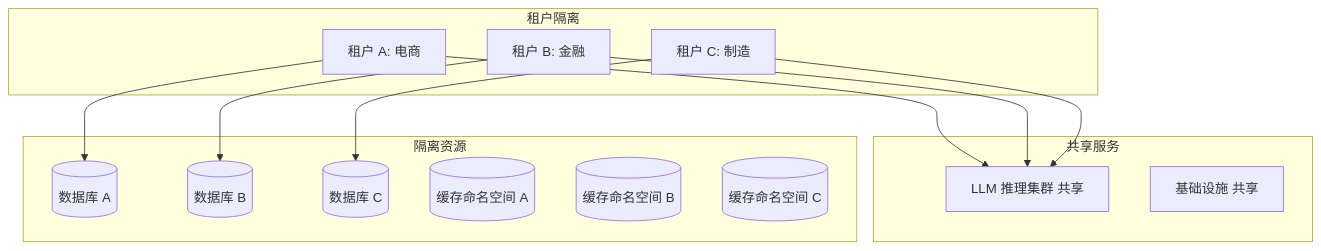
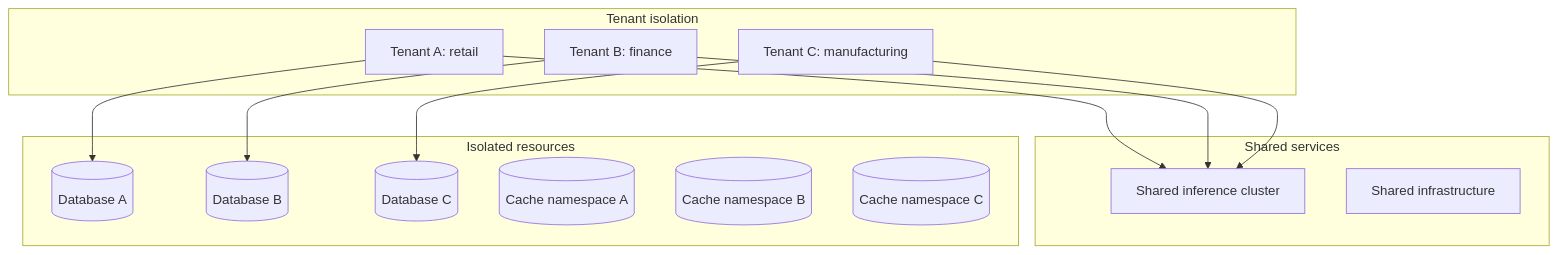
Before and after one commit to LAnthonyJ/datalens-lab: the sixth of 8 diagrams in Q2_architecture.md, drawn with Mermaid. The commit also changed other lines of this file and 11 other files, not shown here.

````diff
--- a/Q2_architecture.md
+++ b/Q2_architecture.md
@@ -206,29 +166,29 @@
 ```mermaid
 graph TB
-    subgraph "租户隔离"
-        T1[租户 A: 电商]
-        T2[租户 B: 金融]
-        T3[租户 C: 制造]
+    subgraph "Tenant isolation"
+        T1[Tenant A: retail]
+        T2[Tenant B: finance]
+        T3[Tenant C: manufacturing]
     end
 
-    subgraph "共享服务"
-        LLM[LLM 推理集群 共享]
-        INFRA[基础设施 共享]
+    subgraph "Shared services"
+        LLM[Shared inference cluster]
+        INFRA[Shared infrastructure]
     end
 
-    subgraph "隔离资源"
-        DB1[(数据库 A)]
-        DB2[(数据库 B)]
-        DB3[(数据库 C)]
-        CACHE1[(缓存命名空间 A)]
-        CACHE2[(缓存命名空间 B)]
-        CACHE3[(缓存命名空间 C)]
+    subgraph "Isolated resources"
+        DB1[(Database A)]
+        DB2[(Database B)]
+        DB3[(Database C)]
+        CACHE1[(Cache namespace A)]
+        CACHE2[(Cache namespace B)]
+        CACHE3[(Cache namespace C)]
     end
 
     T1 --> DB1
     T2 --> DB2
     T3 --> DB3
     T1 --> LLM
     T2 --> LLM
     T3 --> LLM
 ```
````
